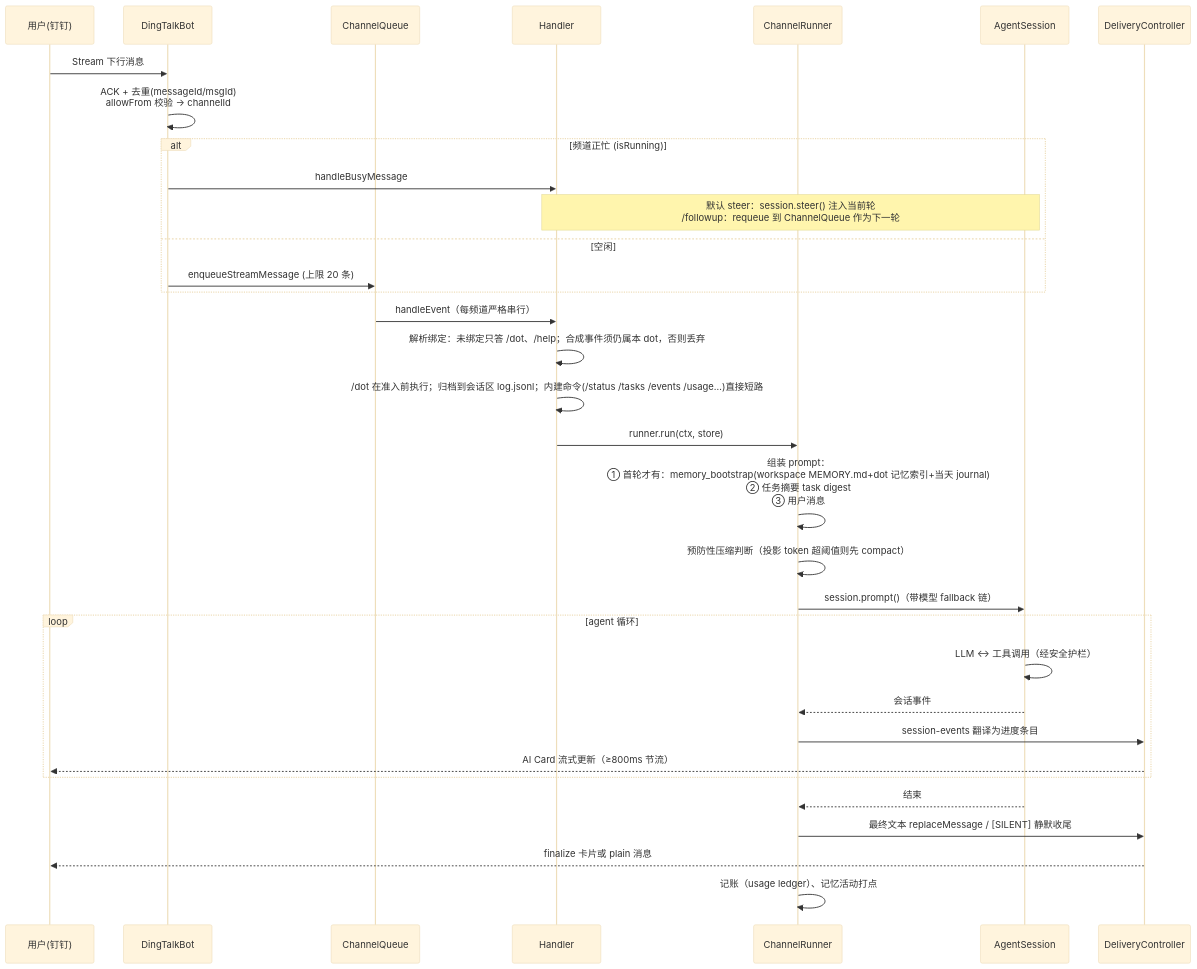
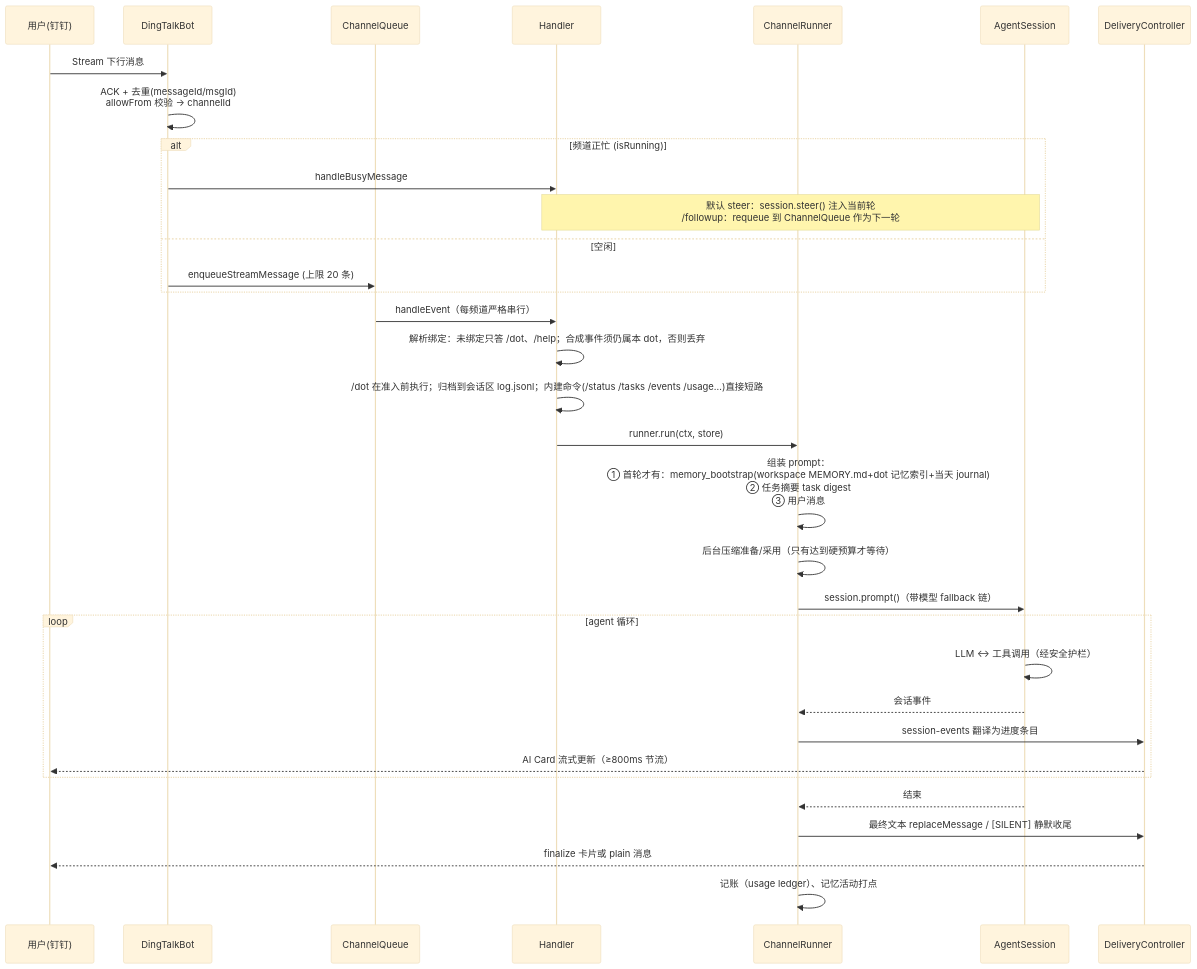
Before and after one commit to oyasmi/pipiclaw: the second of 4 diagrams in docs/architecture.md, drawn with Mermaid (base theme). The commit also changed other lines of this file and 46 other files, not shown here.

````diff
--- a/docs/architecture.md
+++ b/docs/architecture.md
@@ -113,36 +113,36 @@
 ```mermaid
 sequenceDiagram
     participant U as 用户(钉钉)
     participant B as DingTalkBot
     participant Q as ChannelQueue
     participant H as Handler
     participant R as ChannelRunner
     participant S as AgentSession
     participant D as DeliveryController
 
     U->>B: Stream 下行消息
     B->>B: ACK + 去重(messageId/msgId)<br/>allowFrom 校验 → channelId
     alt 频道正忙 (isRunning)
         B->>H: handleBusyMessage
         Note over H,S: 默认 steer：session.steer() 注入当前轮<br/>/followup：requeue 到 ChannelQueue 作为下一轮
     else 空闲
         B->>Q: enqueueStreamMessage (上限 20 条)
     end
     Q->>H: handleEvent（每频道严格串行）
     H->>H: 解析绑定：未绑定只答 /dot、/help；合成事件须仍属本 dot，否则丢弃
     H->>H: /dot 在准入前执行；归档到会话区 log.jsonl；内建命令(/status /tasks /events /usage…)直接短路
     H->>R: runner.run(ctx, store)
     R->>R: 组装 prompt：<br/>① 首轮才有：memory_bootstrap(workspace MEMORY.md+dot 记忆索引+当天 journal)<br/>② 任务摘要 task digest<br/>③ 用户消息
-    R->>R: 预防性压缩判断（投影 token 超阈值则先 compact）
+    R->>R: 后台压缩准备/采用（只有达到硬预算才等待）
     R->>S: session.prompt()（带模型 fallback 链）
     loop agent 循环
         S->>S: LLM ↔ 工具调用（经安全护栏）
         S-->>R: 会话事件
         R->>D: session-events 翻译为进度条目
         D-->>U: AI Card 流式更新（≥800ms 节流）
     end
     S-->>R: 结束
     R->>D: 最终文本 replaceMessage / [SILENT] 静默收尾
     D-->>U: finalize 卡片或 plain 消息
     R->>R: 记账（usage ledger）、记忆活动打点
 ```
````
